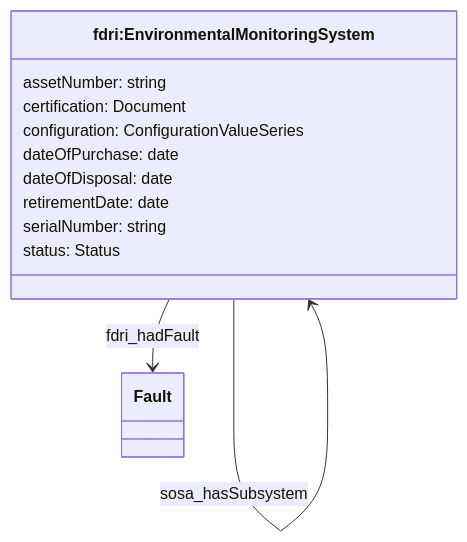
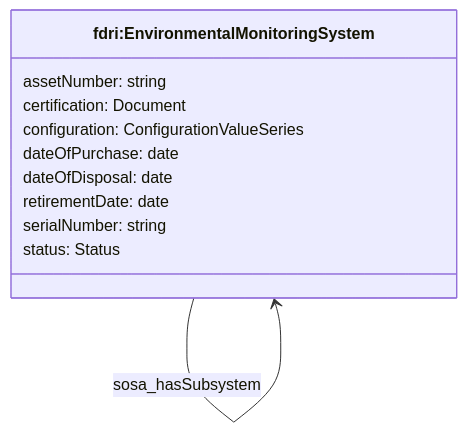
One commit to NERC-CEH/fdri-ontology changed the fourth of 5 diagrams in ontology/doc/emf.md. Above: the diagram before and after it, drawn with Mermaid. The commit also changed other lines of this file and 5 other files, not shown here.

Commit message:
Remove fdri:hadFault property * Remove from OWL ontology * Remove from recordspec schema * Update documentation * Update sample data templates

````diff
--- a/ontology/doc/emf.md
+++ b/ontology/doc/emf.md
@@ -182,16 +182,15 @@
 ```mermaid
 classDiagram
 class System["fdri:EnvironmentalMonitoringSystem"] {
   assetNumber: string
   certification: Document
   configuration: ConfigurationValueSeries
   dateOfPurchase: date
   dateOfDisposal: date
   retirementDate: date
   serialNumber: string
   status: Status
 
   }
 System --> System: sosa_hasSubsystem
-System --> Fault: fdri_hadFault
 ```
````
